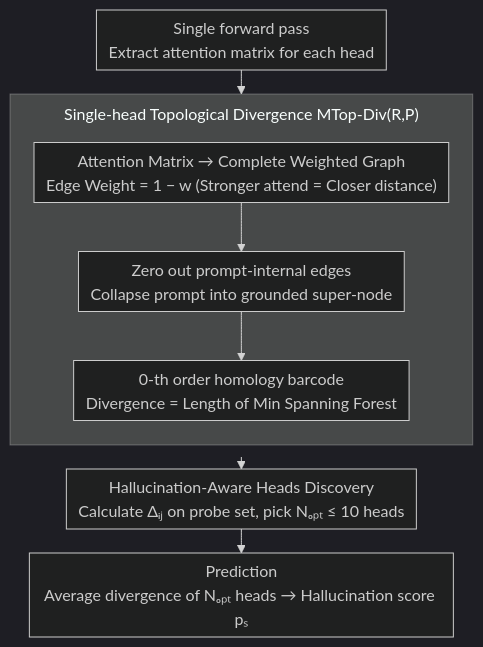
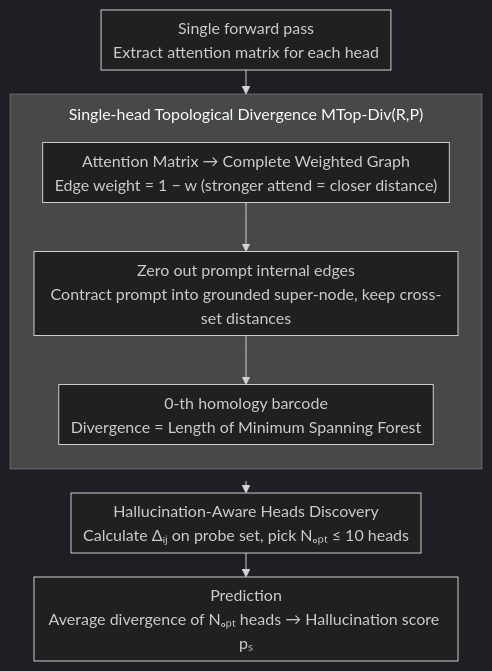
Before and after one commit to zhaoyang97/Paper-Notes-en: the diagram in docs/ACL2026/hallucination/hallucination_detection_in_llms_with_topological_divergence_on_attention_graphs.md, drawn with Mermaid (dark theme). The commit also changed other lines of this file and 5084 other files, not shown here.

````diff
--- a/docs/ACL2026/hallucination/hallucination_detection_in_llms_with_topological_divergence_on_attention_graphs.md
+++ b/docs/ACL2026/hallucination/hallucination_detection_in_llms_with_topological_divergence_on_attention_graphs.md
@@ -44,14 +44,14 @@
 ```mermaid
 %%{init: {'flowchart': {'rankSpacing': 24, 'nodeSpacing': 28, 'padding': 6, 'wrappingWidth': 400, 'subGraphTitleMargin': {'top': 8, 'bottom': 16}}}}%%
 flowchart TD
     A["Single forward pass<br/>Extract attention matrix for each head"] --> B
     subgraph DIV["Single-head Topological Divergence MTop-Div(R,P)"]
         direction TB
-        B["Attention Matrix → Complete Weighted Graph<br/>Edge Weight = 1 − w (Stronger attend = Closer distance)"]
-        C["Zero out prompt-internal edges<br/>Collapse prompt into grounded super-node"]
-        D["0-th order homology barcode<br/>Divergence = Length of Min Spanning Forest"]
+        B["Attention Matrix → Complete Weighted Graph<br/>Edge weight = 1 − w (stronger attend = closer distance)"]
+        C["Zero out prompt internal edges<br/>Contract prompt into grounded super-node, keep cross-set distances"]
+        D["0-th homology barcode<br/>Divergence = Length of Minimum Spanning Forest"]
         B --> C --> D
     end
     DIV --> E["Hallucination-Aware Heads Discovery<br/>Calculate Δᵢⱼ on probe set, pick Nₒₚₜ ≤ 10 heads"]
     E --> F["Prediction<br/>Average divergence of Nₒₚₜ heads → Hallucination score pₛ"]
 ```
````
